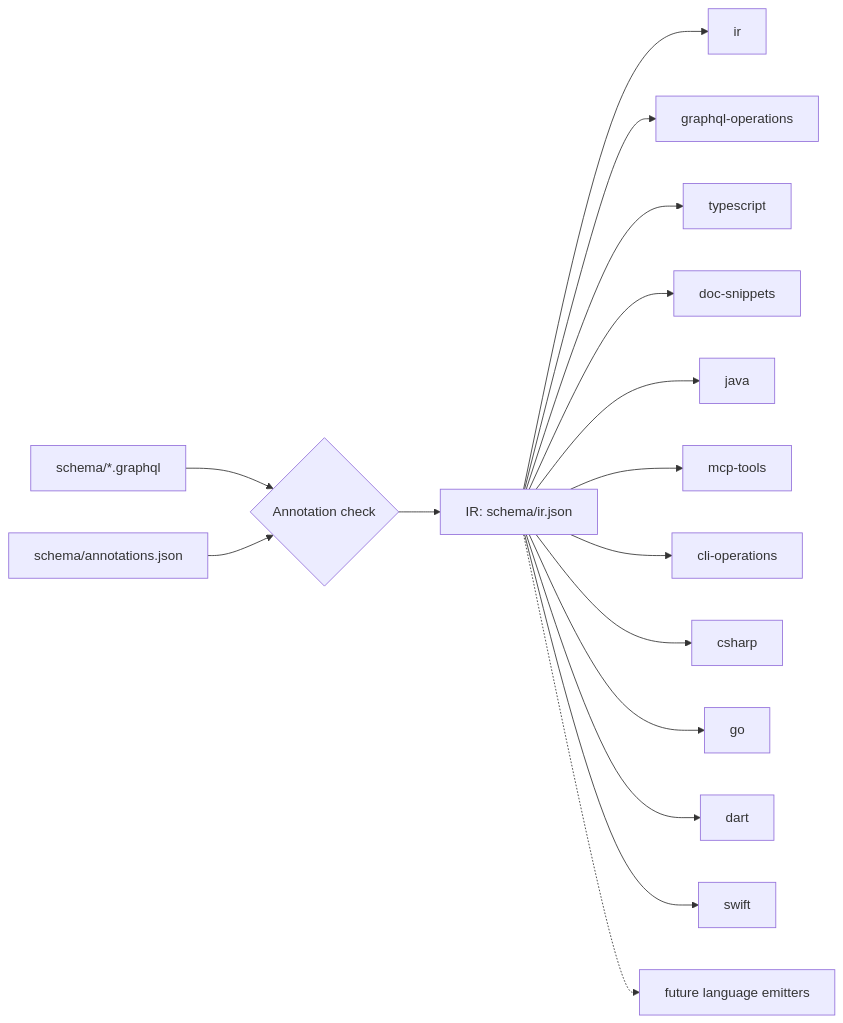
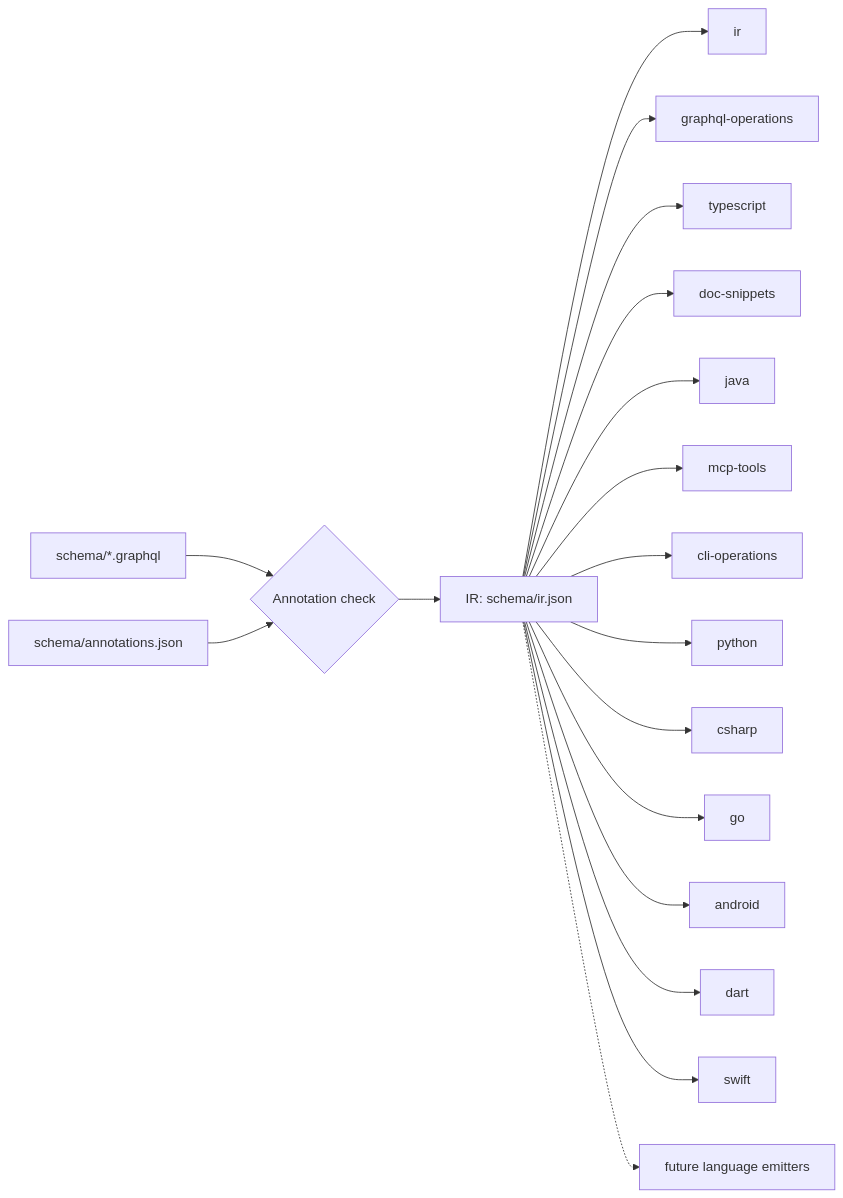
Before and after one commit to ConvoHop/sdks: the diagram in docs/sdk-generation.md, drawn with Mermaid. The commit also changed other lines of this file and 90 other files, not shown here.

````diff
--- a/docs/sdk-generation.md
+++ b/docs/sdk-generation.md
@@ -9,18 +9,20 @@
 ```mermaid
 flowchart LR
   S["schema/*.graphql"] --> C{"Annotation check"}
   A["schema/annotations.json"] --> C
   C --> I["IR: schema/ir.json"]
   I --> E1["ir"]
   I --> E2["graphql-operations"]
   I --> E3["typescript"]
   I --> E4["doc-snippets"]
   I --> EJ["java"]
   I --> EM["mcp-tools"]
   I --> EC["cli-operations"]
+  I --> EP["python"]
   I --> ECS["csharp"]
   I --> EG["go"]
+  I --> EA["android"]
   I --> ED["dart"]
   I --> ES["swift"]
   I -.-> E5["future language emitters"]
 ```
````
